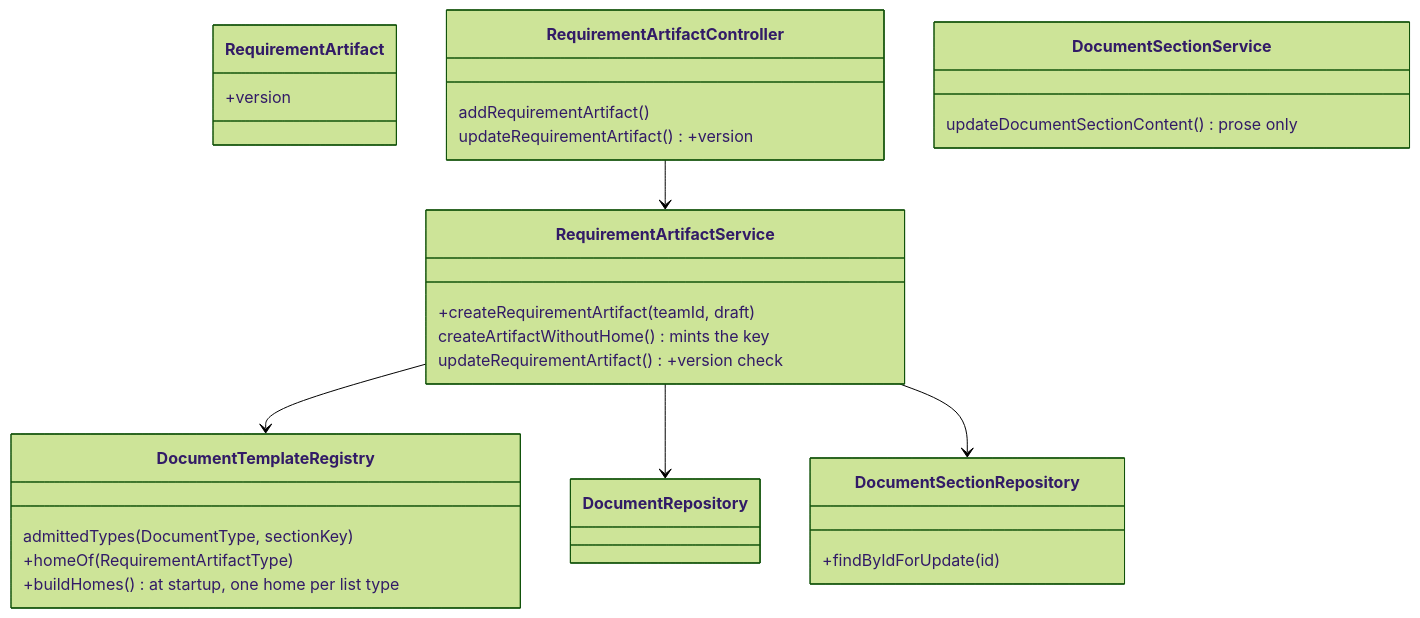
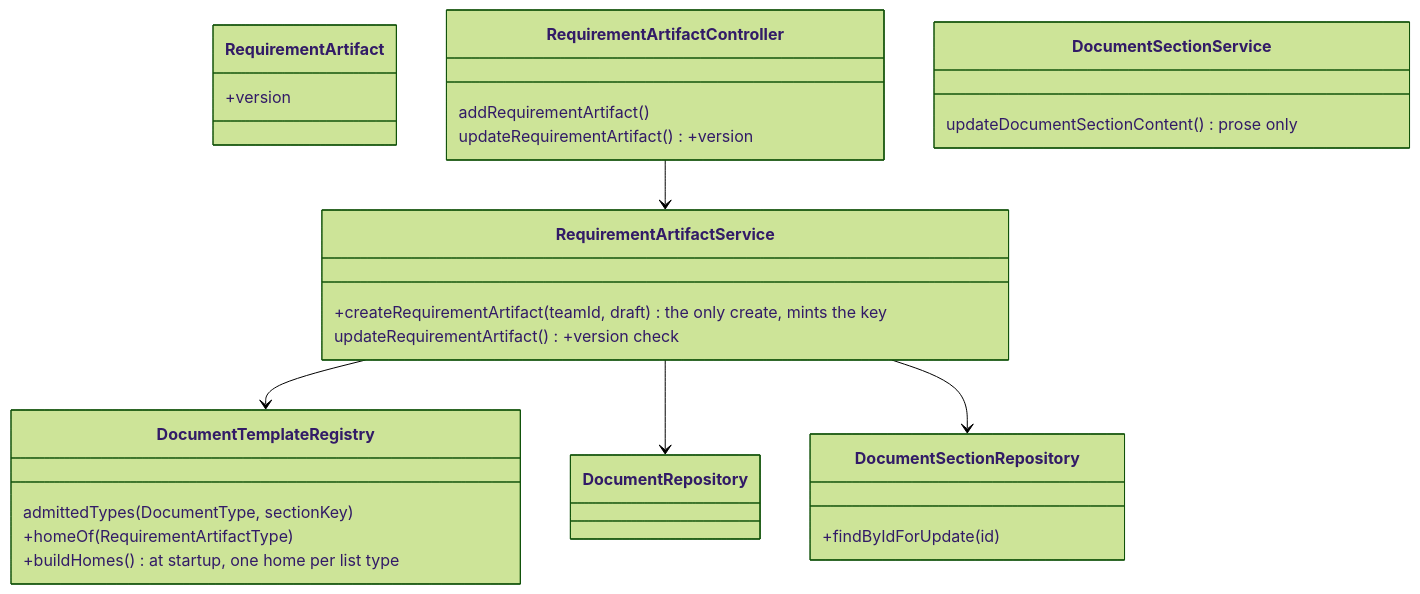
One commit to Washingtonwei/project-pulse changed the first of 2 diagrams in docs/design/art.md. Above: the diagram before and after it, drawn with Mermaid (forest theme). The commit also changed other lines of this file and 15 other files, not shown here.

First line of the commit message:
Make createRequirementArtifact the only way to create an artifact (OI-73)

````diff
--- a/docs/design/art.md
+++ b/docs/design/art.md
@@ -25,30 +25,29 @@
 ```mermaid
 classDiagram
   class RequirementArtifact {
     +version
   }
   class DocumentTemplateRegistry {
     admittedTypes(DocumentType, sectionKey)
     +homeOf(RequirementArtifactType)
     +buildHomes() at startup, one home per list type
   }
   class DocumentSectionRepository {
     +findByIdForUpdate(id)
   }
   class RequirementArtifactController {
     addRequirementArtifact()
     updateRequirementArtifact() +version
   }
   class RequirementArtifactService {
-    +createRequirementArtifact(teamId, draft)
-    createArtifactWithoutHome() mints the key
+    +createRequirementArtifact(teamId, draft) the only create, mints the key
     updateRequirementArtifact() +version check
   }
   class DocumentSectionService {
     updateDocumentSectionContent() prose only
   }
   RequirementArtifactController --> RequirementArtifactService
   RequirementArtifactService --> DocumentTemplateRegistry
   RequirementArtifactService --> DocumentRepository
   RequirementArtifactService --> DocumentSectionRepository
 ```
````
